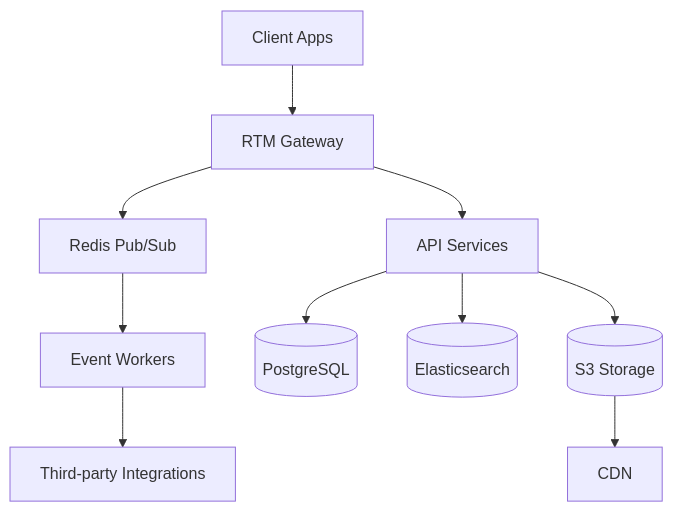
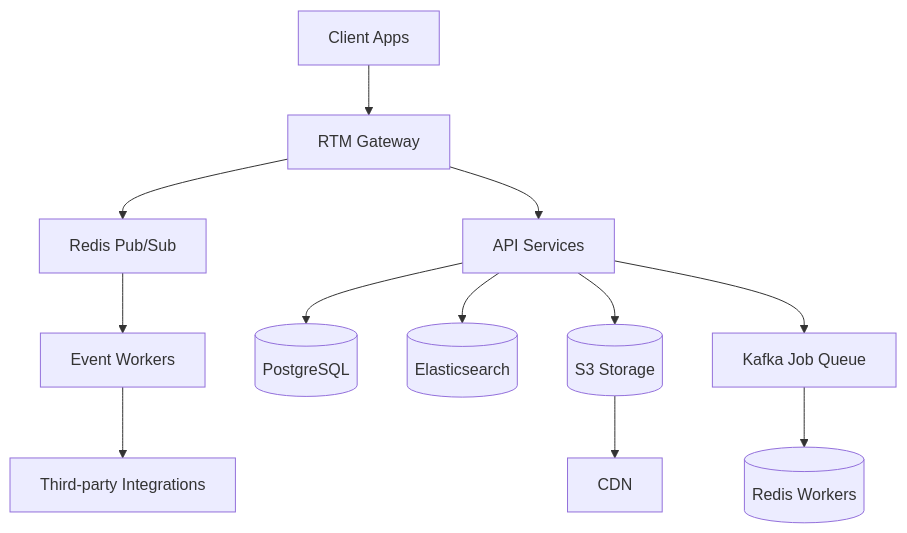
Before and after one commit to VrushankPatel/interview-matters: the diagram in slack-system-design/README.md, drawn with Mermaid. The commit also changed other lines of this file and 7 other files, not shown here.

````diff
--- a/slack-system-design/README.md
+++ b/slack-system-design/README.md
@@ -40,12 +29,14 @@
 ```mermaid
 graph TD
     Client[Client Apps] --> Gateway[RTM Gateway]
     Gateway --> PubSub[Redis Pub/Sub]
     Gateway --> API[API Services]
     API --> DB[(PostgreSQL)]
     API --> Search[(Elasticsearch)]
     PubSub --> Workers[Event Workers]
     Workers --> Integrations[Third-party Integrations]
     API --> S3[(S3 Storage)]
     S3 --> CDN[CDN]
+    API --> Queue[Kafka Job Queue]
+    Queue --> Redis[(Redis Workers)]
 ```
````
